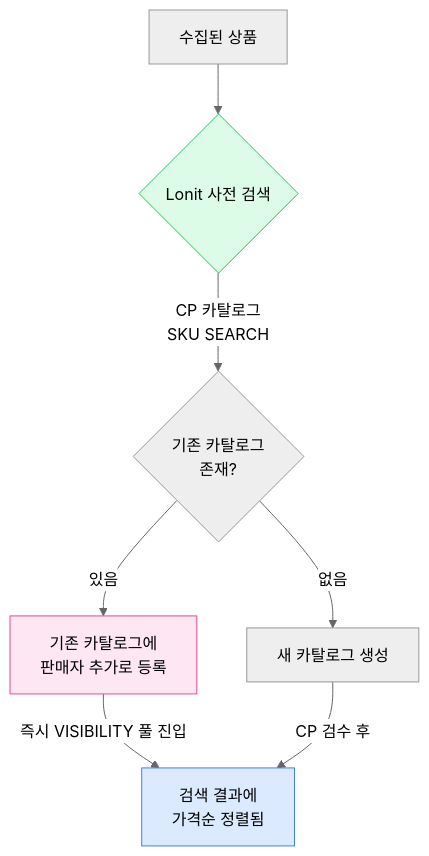
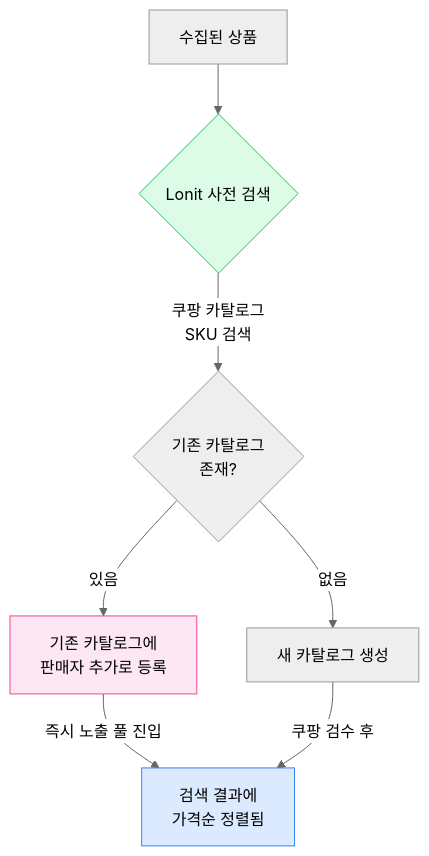
Before and after one commit to cksdud5785-design/lonit-manual: the second of 7 diagrams in docs/04-market-strategy/coupang.md, drawn with Mermaid (neutral theme). The commit also changed 4 other files, not shown here.

First line of the commit message:
fix: mermaid 라벨 false positive 한국어 복원

````diff
--- a/docs/04-market-strategy/coupang.md
+++ b/docs/04-market-strategy/coupang.md
@@ -36,16 +36,16 @@
 ```mermaid
 flowchart TB
     COLLECT[수집된 상품] --> Pre{Lonit 사전 검색}
     
-    Pre -->|CP 카탈로그<br>SKU SEARCH| Found{기존 카탈로그<br>존재?}
+    Pre -->|쿠팡 카탈로그<br>SKU 검색| Found{기존 카탈로그<br>존재?}
     
     Found -->|있음| Match[기존 카탈로그에<br>판매자 추가로 등록]
     Found -->|없음| Create[새 카탈로그 생성]
     
-    Match -->|즉시 VISIBILITY 풀 진입| List[검색 결과에<br>가격순 정렬됨]
-    Create -->|CP 검수 후| List
+    Match -->|즉시 노출 풀 진입| List[검색 결과에<br>가격순 정렬됨]
+    Create -->|쿠팡 검수 후| List
     
     style Pre fill:#dcfce7,stroke:#22c55e
     style Match fill:#fce7f3,stroke:#ec4899
     style List fill:#dbeafe,stroke:#3b82f6
 ```
````
